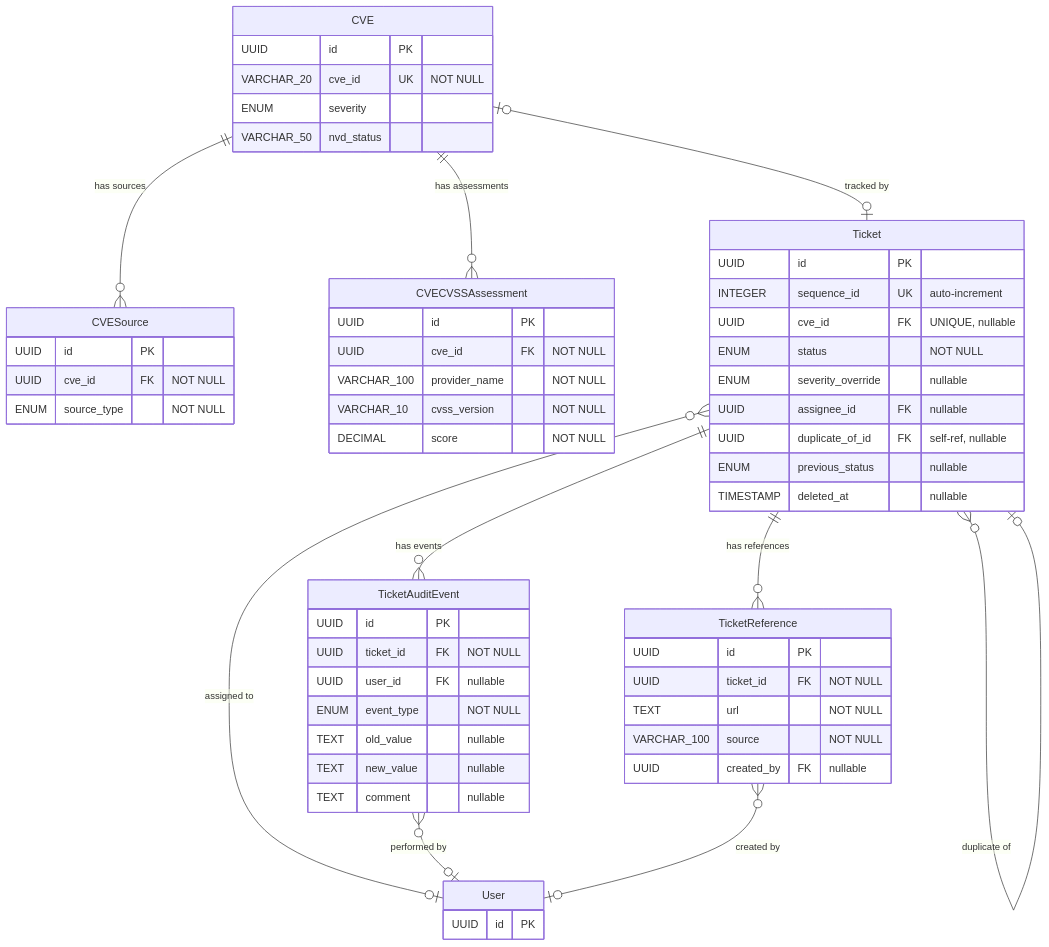
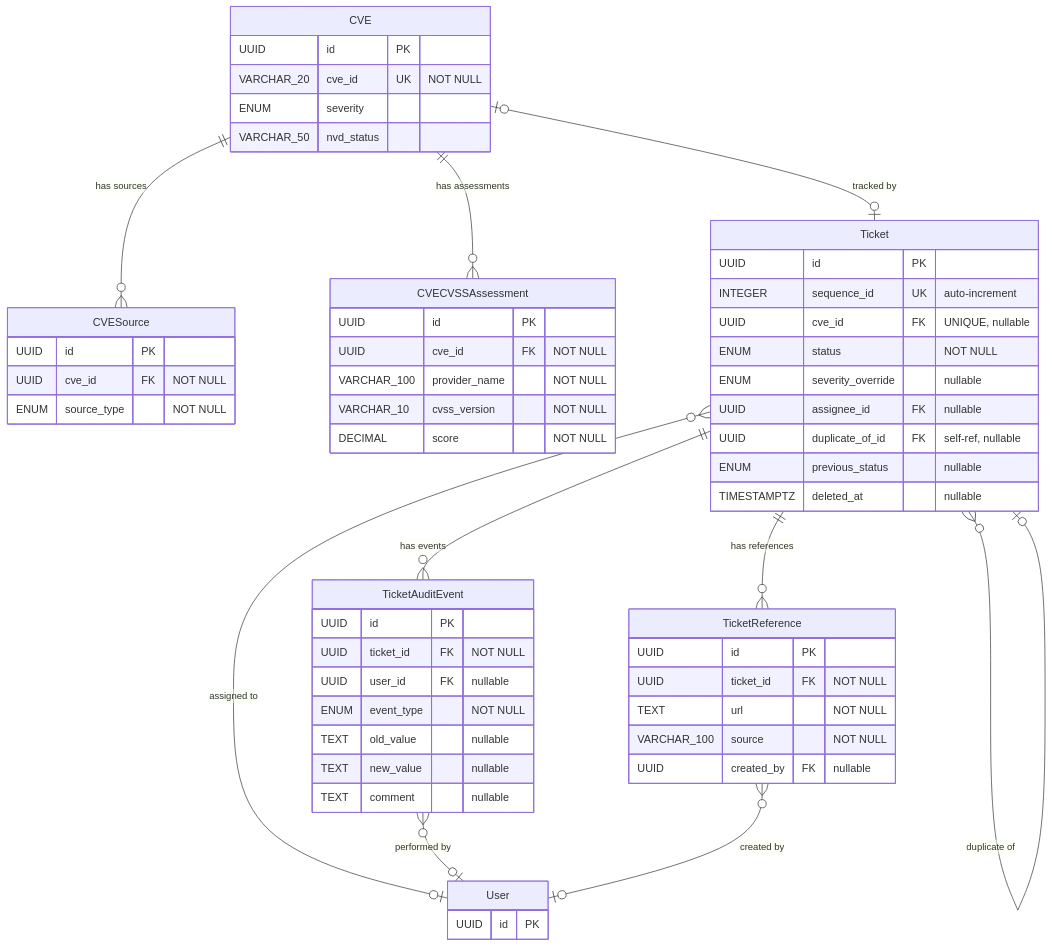
Before and after one commit to StayPirate/STAMP: the second of 6 diagrams in docs/data-model.md, drawn with Mermaid. The commit also changed other lines of this file and 11 other files, not shown here.

````diff
--- a/docs/data-model.md
+++ b/docs/data-model.md
@@ -69,61 +69,61 @@
 ```mermaid
 erDiagram
     CVE {
         UUID id PK
         VARCHAR_20 cve_id UK "NOT NULL"
         ENUM severity
         VARCHAR_50 nvd_status
     }
     CVESource {
         UUID id PK
         UUID cve_id FK "NOT NULL"
         ENUM source_type "NOT NULL"
     }
     CVECVSSAssessment {
         UUID id PK
         UUID cve_id FK "NOT NULL"
         VARCHAR_100 provider_name "NOT NULL"
         VARCHAR_10 cvss_version "NOT NULL"
         DECIMAL score "NOT NULL"
     }
     Ticket {
         UUID id PK
         INTEGER sequence_id UK "auto-increment"
         UUID cve_id FK "UNIQUE, nullable"
         ENUM status "NOT NULL"
         ENUM severity_override "nullable"
         UUID assignee_id FK "nullable"
         UUID duplicate_of_id FK "self-ref, nullable"
         ENUM previous_status "nullable"
-        TIMESTAMP deleted_at "nullable"
+        TIMESTAMPTZ deleted_at "nullable"
     }
     TicketAuditEvent {
         UUID id PK
         UUID ticket_id FK "NOT NULL"
         UUID user_id FK "nullable"
         ENUM event_type "NOT NULL"
         TEXT old_value "nullable"
         TEXT new_value "nullable"
         TEXT comment "nullable"
     }
     TicketReference {
         UUID id PK
         UUID ticket_id FK "NOT NULL"
         TEXT url "NOT NULL"
         VARCHAR_100 source "NOT NULL"
         UUID created_by FK "nullable"
     }
     User {
         UUID id PK
     }
 
     CVE ||--o{ CVESource : "has sources"
     CVE ||--o{ CVECVSSAssessment : "has assessments"
     CVE |o--o| Ticket : "tracked by"
     Ticket ||--o{ TicketAuditEvent : "has events"
     Ticket ||--o{ TicketReference : "has references"
     Ticket }o--o| User : "assigned to"
     Ticket }o--o| Ticket : "duplicate of"
     TicketAuditEvent }o--o| User : "performed by"
     TicketReference }o--o| User : "created by"
 ```
````
